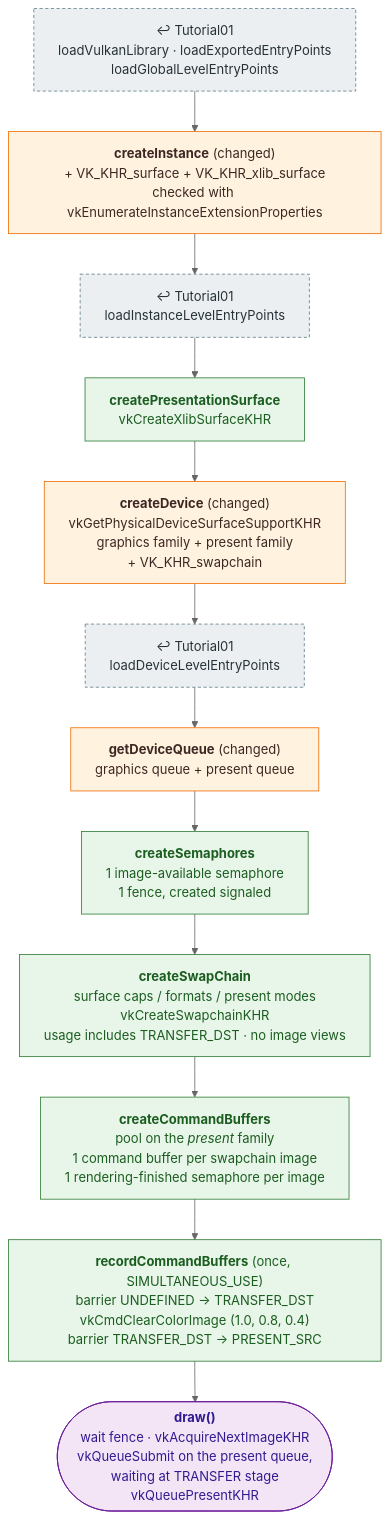
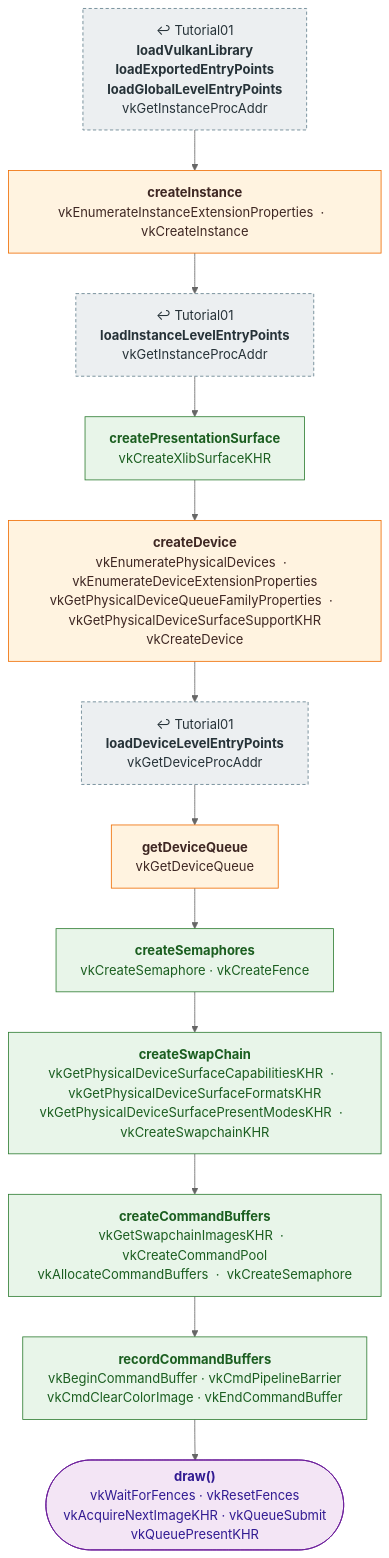
The diagram in docs/pipeline/02_swap_chain.md (mehoggan/vulkan_graphix), drawn with Mermaid (neutral theme) before and after one commit. The commit also changed other lines of this file and 24 other files, not shown here.

First line of the commit message:
docs: label pipeline boxes with the Vulkan calls each step makes

````diff
--- a/docs/pipeline/02_swap_chain.md
+++ b/docs/pipeline/02_swap_chain.md
@@ -11,23 +11,23 @@
 ```mermaid
 %%{init: {"flowchart": {"wrappingWidth": 400}}}%%
 flowchart TD
     classDef reused fill:#eceff1,stroke:#607d8b,stroke-dasharray:4 3,color:#263238
     classDef changed fill:#fff3e0,stroke:#ef6c00,color:#3e2723
     classDef new fill:#e8f5e9,stroke:#2e7d32,color:#1b5e20
     classDef frame fill:#f3e5f5,stroke:#6a1b9a,color:#311b92
 
-    LOAD["↩ Tutorial01<br/>loadVulkanLibrary · loadExportedEntryPoints<br/>loadGlobalLevelEntryPoints"]:::reused
-    INST["<b>createInstance</b> (changed)<br/>+ VK_KHR_surface + VK_KHR_xlib_surface<br/>checked with vkEnumerateInstanceExtensionProperties"]:::changed
-    ILEP["↩ Tutorial01<br/>loadInstanceLevelEntryPoints"]:::reused
+    LOAD["↩ Tutorial01<br/><b>loadVulkanLibrary</b><br/><b>loadExportedEntryPoints</b><br/><b>loadGlobalLevelEntryPoints</b><br/>vkGetInstanceProcAddr"]:::reused
+    INST["<b>createInstance</b><br/>vkEnumerateInstanceExtensionProperties  ·  vkCreateInstance"]:::changed
+    ILEP["↩ Tutorial01<br/><b>loadInstanceLevelEntryPoints</b><br/>vkGetInstanceProcAddr"]:::reused
     SURF["<b>createPresentationSurface</b><br/>vkCreateXlibSurfaceKHR"]:::new
-    DEV["<b>createDevice</b> (changed)<br/>vkGetPhysicalDeviceSurfaceSupportKHR<br/>graphics family + present family<br/>+ VK_KHR_swapchain"]:::changed
-    DLEP["↩ Tutorial01<br/>loadDeviceLevelEntryPoints"]:::reused
-    Q["<b>getDeviceQueue</b> (changed)<br/>graphics queue + present queue"]:::changed
-    SEM["<b>createSemaphores</b><br/>1 image-available semaphore<br/>1 fence, created signaled"]:::new
-    SC["<b>createSwapChain</b><br/>surface caps / formats / present modes<br/>vkCreateSwapchainKHR<br/>usage includes TRANSFER_DST · no image views"]:::new
-    CB["<b>createCommandBuffers</b><br/>pool on the <i>present</i> family<br/>1 command buffer per swapchain image<br/>1 rendering-finished semaphore per image"]:::new
-    REC["<b>recordCommandBuffers</b> (once, SIMULTANEOUS_USE)<br/>barrier UNDEFINED → TRANSFER_DST<br/>vkCmdClearColorImage (1.0, 0.8, 0.4)<br/>barrier TRANSFER_DST → PRESENT_SRC"]:::new
-    DRAW(["<b>draw()</b><br/>wait fence · vkAcquireNextImageKHR<br/>vkQueueSubmit on the present queue,<br/>waiting at TRANSFER stage<br/>vkQueuePresentKHR"]):::frame
+    DEV["<b>createDevice</b><br/>vkEnumeratePhysicalDevices  ·  vkEnumerateDeviceExtensionProperties<br/>vkGetPhysicalDeviceQueueFamilyProperties  ·  vkGetPhysicalDeviceSurfaceSupportKHR<br/>vkCreateDevice"]:::changed
+    DLEP["↩ Tutorial01<br/><b>loadDeviceLevelEntryPoints</b><br/>vkGetDeviceProcAddr"]:::reused
+    Q["<b>getDeviceQueue</b><br/>vkGetDeviceQueue"]:::changed
+    SEM["<b>createSemaphores</b><br/>vkCreateSemaphore  ·  vkCreateFence"]:::new
+    SC["<b>createSwapChain</b><br/>vkGetPhysicalDeviceSurfaceCapabilitiesKHR  ·  vkGetPhysicalDeviceSurfaceFormatsKHR<br/>vkGetPhysicalDeviceSurfacePresentModesKHR  ·  vkCreateSwapchainKHR"]:::new
+    CB["<b>createCommandBuffers</b><br/>vkGetSwapchainImagesKHR  ·  vkCreateCommandPool<br/>vkAllocateCommandBuffers  ·  vkCreateSemaphore"]:::new
+    REC["<b>recordCommandBuffers</b><br/>vkBeginCommandBuffer  ·  vkCmdPipelineBarrier<br/>vkCmdClearColorImage  ·  vkEndCommandBuffer"]:::new
+    DRAW(["<b>draw()</b><br/>vkWaitForFences  ·  vkResetFences<br/>vkAcquireNextImageKHR  ·  vkQueueSubmit<br/>vkQueuePresentKHR"]):::frame
 
     LOAD --> INST --> ILEP --> SURF --> DEV --> DLEP --> Q --> SEM --> SC --> CB --> REC --> DRAW
 ```
````
